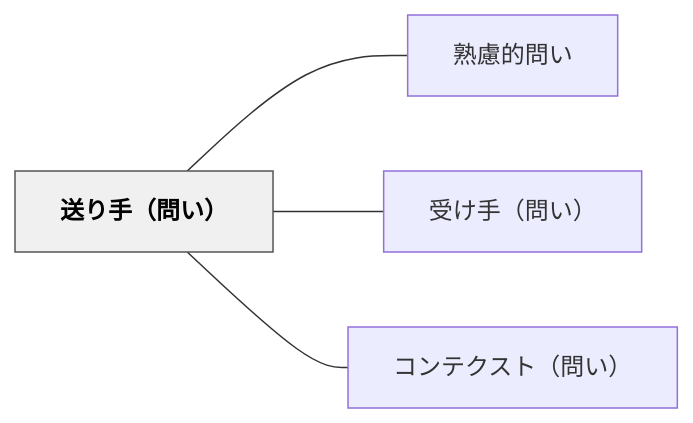
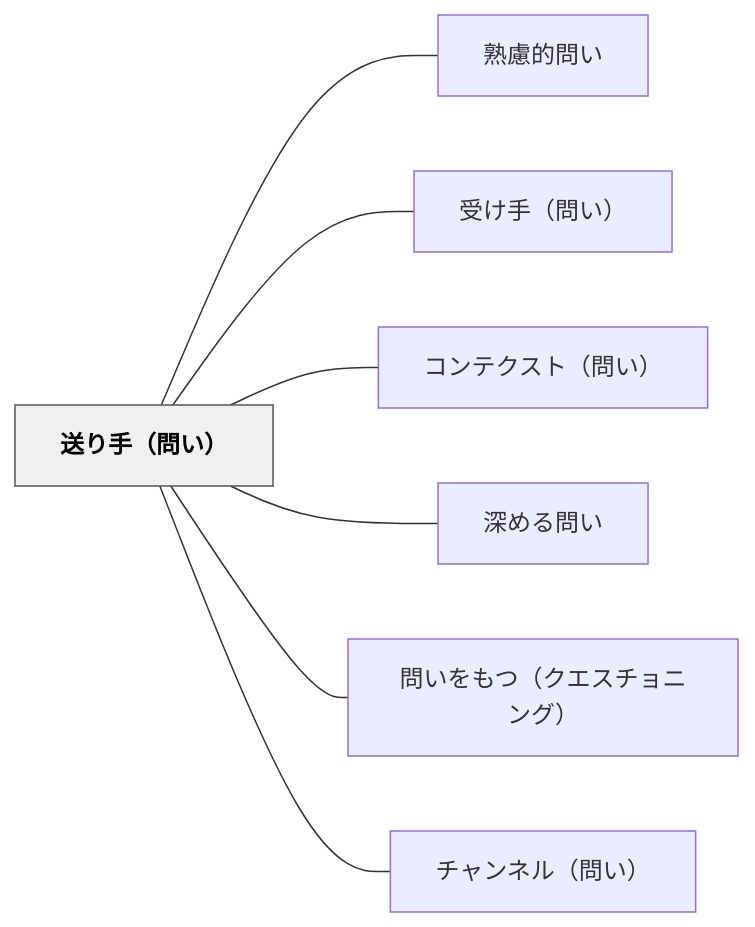
One commit to unknownthings-ed-patterns/unknownthings-ed-patterns changed the diagram in content/パタン/送り手（問い）.md. Above: the diagram before and after it, drawn with Mermaid. The commit also changed other lines of this file and 35 other files, not shown here.

````diff
--- a/content/パタン/送り手（問い）.md
+++ b/content/パタン/送り手（問い）.md
@@ -42,14 +45,20 @@
 ```mermaid
 flowchart LR
     ne98081e3828ae6898befbc88e5958fe38184efbc89["送り手（問い）"]
     ne7869fe685aee79a84e5958fe38184["熟慮的問い"]
     ne58f97e38191e6898befbc88e5958fe38184efbc89["受け手（問い）"]
     ne382b3e383b3e38386e382afe382b9e38388efbc88e5958fe38184efbc89["コンテクスト（問い）"]
+    ne6b7b1e38281e3828be5958fe38184["深める問い"]
+    ne5958fe38184e38292e38282e381a4efbc88e382afe382a8e382b9e38381e383a7e3838be383b3e382b0efbc89["問いをもつ（クエスチョニング）"]
+    ne38381e383a3e383b3e3838de383abefbc88e5958fe38184efbc89["チャンネル（問い）"]
 
     ne98081e3828ae6898befbc88e5958fe38184efbc89 --- ne7869fe685aee79a84e5958fe38184
     ne98081e3828ae6898befbc88e5958fe38184efbc89 --- ne58f97e38191e6898befbc88e5958fe38184efbc89
     ne98081e3828ae6898befbc88e5958fe38184efbc89 --- ne382b3e383b3e38386e382afe382b9e38388efbc88e5958fe38184efbc89
+    ne98081e3828ae6898befbc88e5958fe38184efbc89 --- ne6b7b1e38281e3828be5958fe38184
+    ne98081e3828ae6898befbc88e5958fe38184efbc89 --- ne5958fe38184e38292e38282e381a4efbc88e382afe382a8e382b9e38381e383a7e3838be383b3e382b0efbc89
+    ne98081e3828ae6898befbc88e5958fe38184efbc89 --- ne38381e383a3e383b3e3838de383abefbc88e5958fe38184efbc89
 
     classDef hub fill:#f0f0f0,stroke:#555,color:#000,font-weight:bold
     class ne98081e3828ae6898befbc88e5958fe38184efbc89 hub
 ```
````
